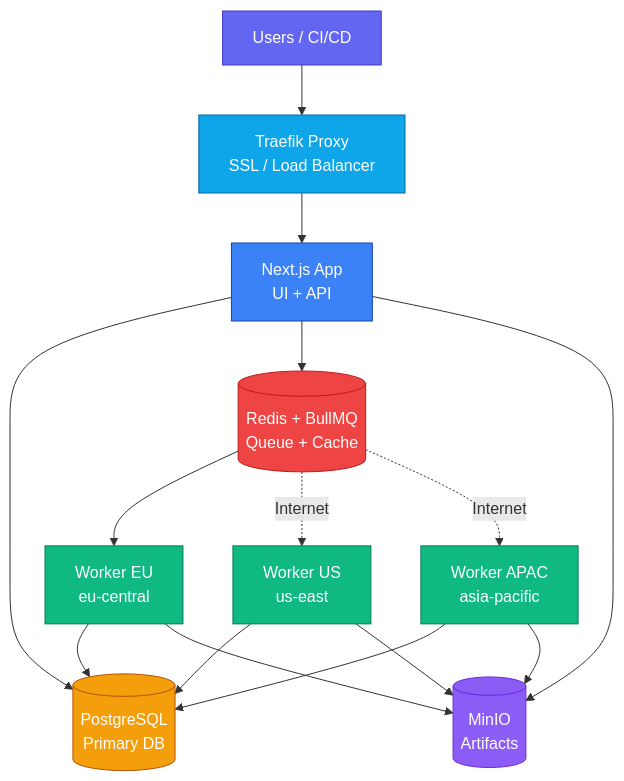
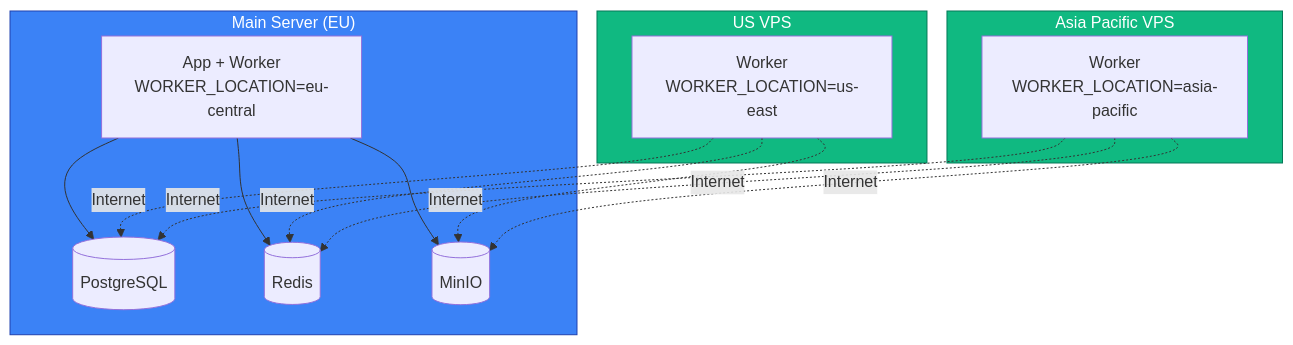
One commit to supercheck-io/supercheck changed the diagram in docs/content/docs/deployment/multi-location.mdx. Above: the diagram before and after it, drawn with Mermaid. The commit also changed other lines of this file and 14 other files, not shown here.

Commit message:
feat: Implement multi-region worker architecture with location-aware queue processing and add a new live health check endpoint.

````diff
--- a/docs/content/docs/deployment/multi-location.mdx
+++ b/docs/content/docs/deployment/multi-location.mdx
@@ -9,26 +11,33 @@
 ```mermaid
 flowchart TB
-    Users[Users / CI/CD] --> T[Traefik Proxy<br/>SSL / Load Balancer]
-    T --> App[Next.js App<br/>UI + API]
-    
-    App --> DB[(PostgreSQL<br/>Primary DB)]
-    App --> Redis[(Redis + BullMQ<br/>Queue + Cache)]
-    App --> S3[(MinIO<br/>Artifacts)]
-    
-    Redis --> W1[Worker EU<br/>eu-central]
-    Redis -.->|Internet| W2[Worker US<br/>us-east]
-    Redis -.->|Internet| W3[Worker APAC<br/>asia-pacific]
-    
-    W1 & W2 & W3 --> DB
-    W1 & W2 & W3 --> S3
+    subgraph Main["Main Server (EU)"]
+        App[App + Worker<br/>WORKER_LOCATION=eu-central]
+        DB[(PostgreSQL)]
+        Redis[(Redis)]
+        S3[(MinIO)]
+    end
 
-    style Users fill:#6366f1,stroke:#4338ca,color:#fff
-    style T fill:#0ea5e9,stroke:#0369a1,color:#fff
-    style App fill:#3b82f6,stroke:#1e40af,color:#fff
-    style DB fill:#f59e0b,stroke:#b45309,color:#fff
-    style Redis fill:#ef4444,stroke:#b91c1c,color:#fff
-    style S3 fill:#8b5cf6,stroke:#6d28d9,color:#fff
-    style W1 fill:#10b981,stroke:#047857,color:#fff
-    style W2 fill:#10b981,stroke:#047857,color:#fff
-    style W3 fill:#10b981,stroke:#047857,color:#fff
+    subgraph US["US VPS"]
+        W_US[Worker<br/>WORKER_LOCATION=us-east]
+    end
+
+    subgraph APAC["Asia Pacific VPS"]
+        W_APAC[Worker<br/>WORKER_LOCATION=asia-pacific]
+    end
+
+    App --> DB
+    App --> Redis
+    App --> S3
+
+    W_US -.->|Internet| Redis
+    W_US -.->|Internet| DB
+    W_US -.->|Internet| S3
+
+    W_APAC -.->|Internet| Redis
+    W_APAC -.->|Internet| DB
+    W_APAC -.->|Internet| S3
+
+    style Main fill:#3b82f6,stroke:#1e40af,color:#fff
+    style US fill:#10b981,stroke:#047857,color:#fff
+    style APAC fill:#10b981,stroke:#047857,color:#fff
 ```
````
